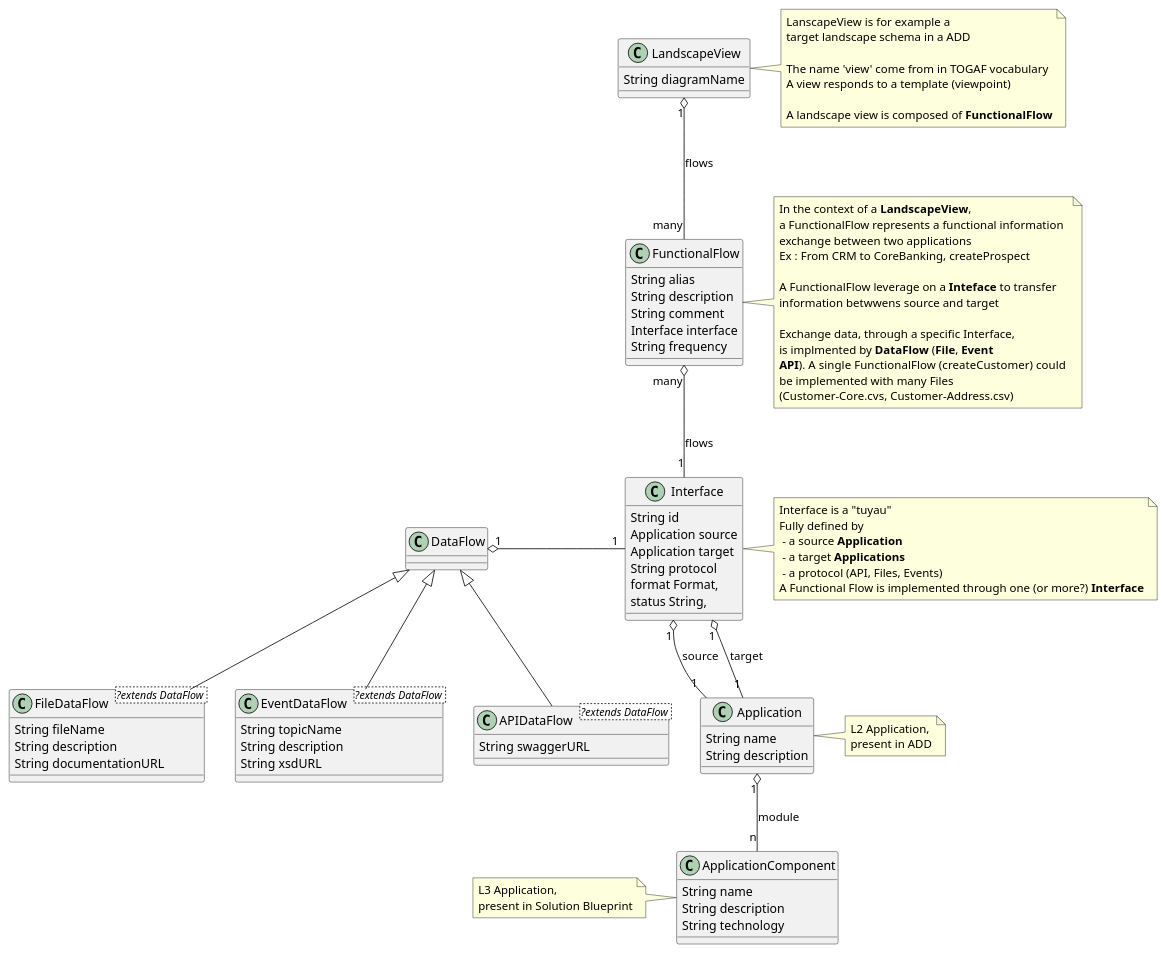
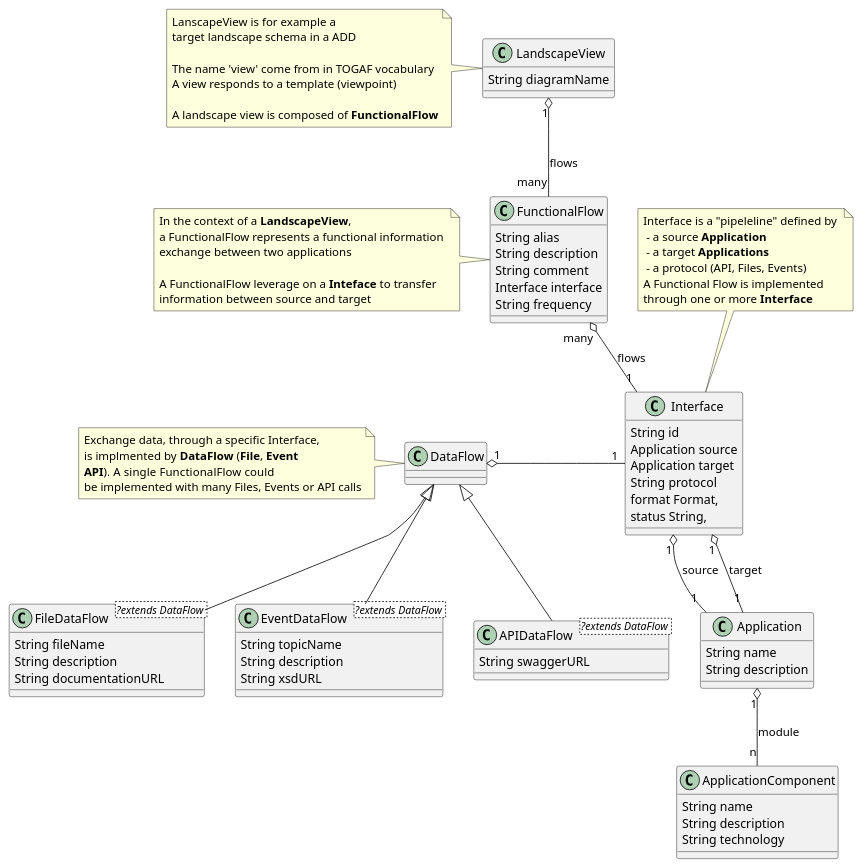
The diagram in documentation/metamodel/plantuml-eadesignit.puml (mauvaisetroupe/ea-design-it), drawn with PlantUML before and after one commit. The commit also changed 2 other files, not shown here.

Commit message:
change uml diagram layout

```diff
--- a/documentation/metamodel/plantuml-eadesignit.puml
+++ b/documentation/metamodel/plantuml-eadesignit.puml
@@ -1,114 +1,105 @@
 @startuml
 LandscapeView "1" o-down- "many" FunctionalFlow : flows
 FunctionalFlow "many" o-down- "1" Interface : flows
 'FunctionalFlow "1" o-- "many" DataFlow
 DataFlow "1" o-right- "1" Interface
 
 
 
 Interface "1" o-- "1" Application : source
 Interface "1" o-- "1" Application : target
 Application "1" o-- "n" ApplicationComponent : module
 DataFlow <|-- FileDataFlow
 DataFlow <|-- EventDataFlow
 DataFlow <|-- APIDataFlow
 
 'DataFlow "1" o-left- "1" ApplicationComponent : source
 'DataFlow "1" o-left- "1" ApplicationComponent : target
 
 
 
 Class LandscapeView {
    String diagramName 
 }
-note right of LandscapeView
+note left of LandscapeView
   LanscapeView is for example a 
   target landscape schema in a ADD
   
   The name 'view' come from in TOGAF vocabulary
   A view responds to a template (viewpoint)
 
   A landscape view is composed of <b>FunctionalFlow</b>
 end note 
 
 Class FunctionalFlow {
     String alias
     String description
     String comment
 	Interface interface
 	String frequency
 }
-note right of FunctionalFlow
+note left of FunctionalFlow
   In the context of a <b>LandscapeView</b>,
   a FunctionalFlow represents a functional information 
   exchange between two applications
-  Ex : From CRM to CoreBanking, createProspect 
   
   A FunctionalFlow leverage on a <b>Inteface</b> to transfer
-  information betwwens source and target
-
-  Exchange data, through a specific Interface, 
-  is implmented by <b>DataFlow</b> (<b>File</b>, <b>Event</b>
-  <b>API</b>).  A single FunctionalFlow (createCustomer) could 
-  be implemented with many Files 
-  (Customer-Core.cvs, Customer-Address.csv)
+  information between source and target
 end note 
 
 Class Interface {
     String id
     Application source
     Application target
 	String protocol
     format Format,
     status String,
 }
-note right of Interface
-   Interface is a "tuyau"
-   Fully defined by 
+note top of Interface
+   Interface is a "pipeleline" defined by 
     - a source <b>Application</b>
     - a target <b>Applications</b>
     - a protocol (API, Files, Events)
-   A Functional Flow is implemented through one (or more?) <b>Interface</b>
+   A Functional Flow is implemented 
+   through one or more <b>Interface</b>
 end note
 
 
 Class Application {
 String name
 String description
 }
-note right of Application
-   L2 Application, 
-   present in ADD
-end note
 
 Class ApplicationComponent {
 String name
 String description
 String technology
-
 }
-note left of ApplicationComponent
-   L3 Application, 
-   present in Solution Blueprint
-end note
 
 
 Class DataFlow {
 }
+note left of DataFlow
+  Exchange data, through a specific Interface, 
+  is implmented by <b>DataFlow</b> (<b>File</b>, <b>Event</b>
+  <b>API</b>).  A single FunctionalFlow could 
+  be implemented with many Files, Events or API calls
+end note 
+
 
 Class FileDataFlow <?extends DataFlow > {
    String fileName
    String description
    String documentationURL
 }
 
 Class EventDataFlow <?extends DataFlow > {
    String topicName
    String description
    String xsdURL
 }
 
 Class APIDataFlow <?extends DataFlow > {
    String swaggerURL
 }
 @enduml
```
